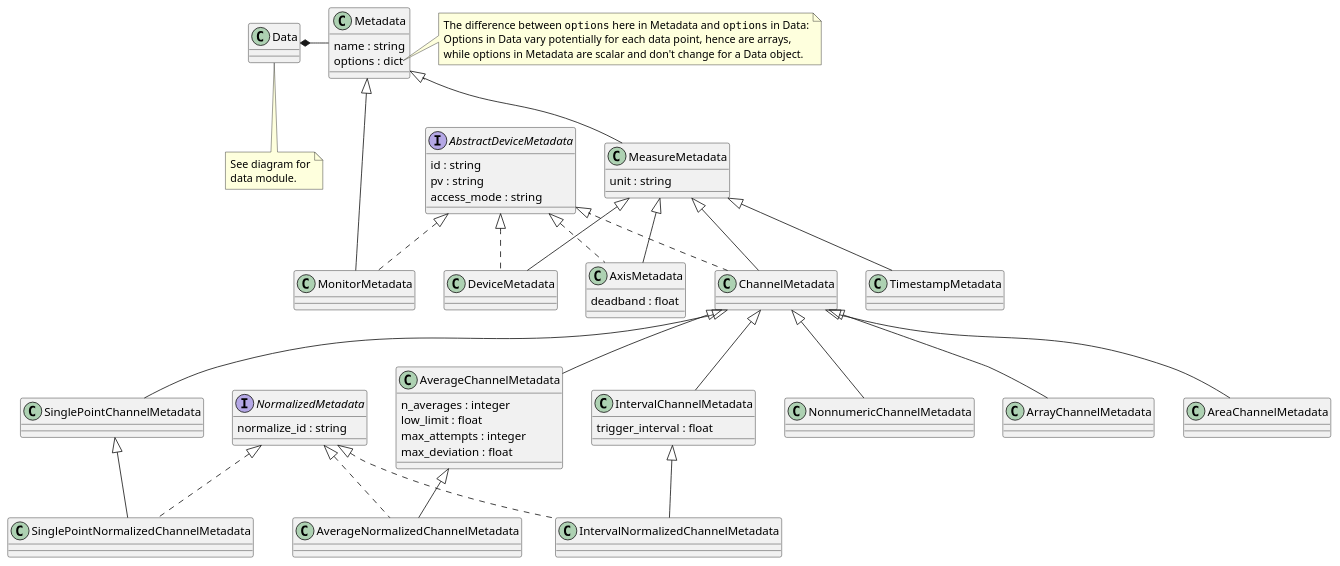
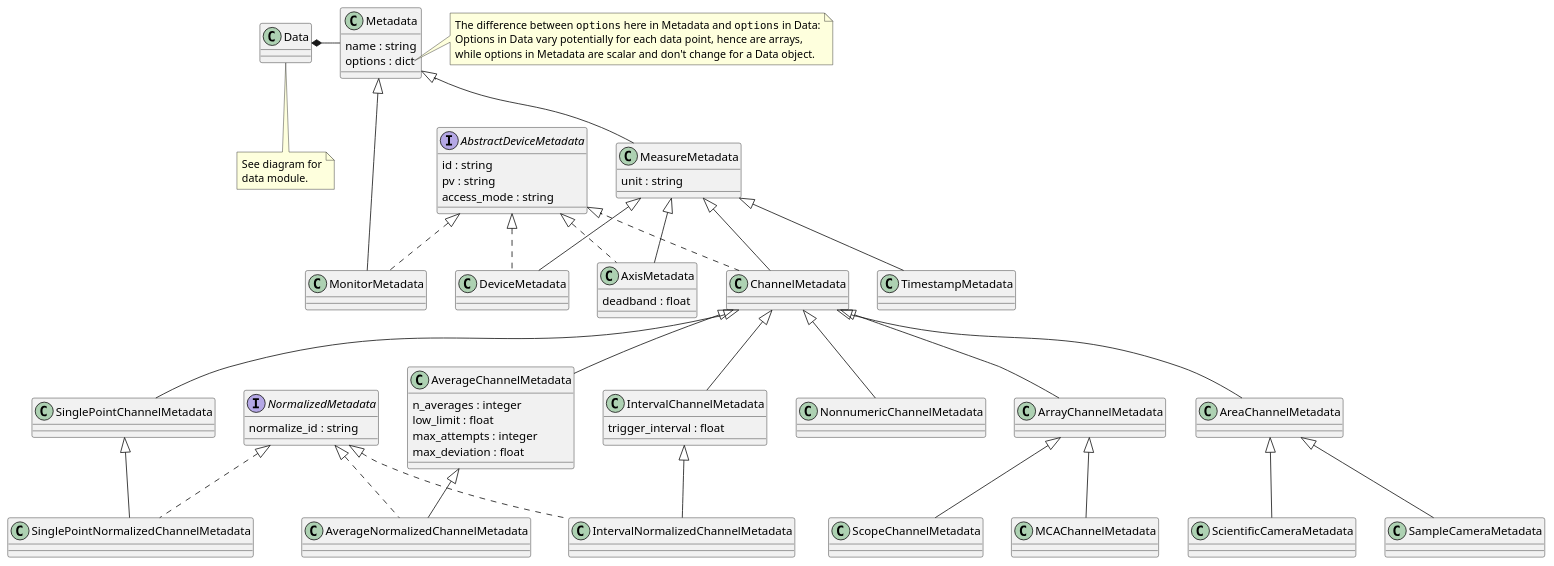
The diagram in docs/uml/evedata.evefile.metadata.puml (tillbiskup/evedata), drawn with PlantUML before and after one commit. The commit also changed 4 other files, not shown here.

Commit message:
Update UML diagrams: rearrange, complete metadata diagram

```diff
--- a/docs/uml/evedata.evefile.metadata.puml
+++ b/docs/uml/evedata.evefile.metadata.puml
@@ -1,80 +1,88 @@
 @startuml
 
 class Metadata {
     name : string
     options : dict
 }
 note right of Metadata::options
     The difference between ""options"" here in Metadata and ""options"" in Data:
     Options in Data vary potentially for each data point, hence are arrays,
     while options in Metadata are scalar and don't change for a Data object.
 end note
 
 class Data {
 }
 note bottom: See diagram for\ndata module.
 
 interface AbstractDeviceMetadata {
     id : string
     pv : string
     access_mode : string
 }
 
 class MeasureMetadata extends Metadata {
     unit : string
 }
 
 class MonitorMetadata extends Metadata implements AbstractDeviceMetadata {
 }
 
 class DeviceMetadata extends MeasureMetadata implements AbstractDeviceMetadata  {
 }
 
 class AxisMetadata extends MeasureMetadata implements AbstractDeviceMetadata  {
     deadband : float
 }
 
 class ChannelMetadata extends MeasureMetadata implements AbstractDeviceMetadata  {
 }
 
 class TimestampMetadata extends MeasureMetadata {
 }
 
 NonnumericChannelMetadata -[hidden]>ArrayChannelMetadata
 ArrayChannelMetadata -[hidden]> AreaChannelMetadata
 
 class NonnumericChannelMetadata extends ChannelMetadata {
 }
 
 class SinglePointChannelMetadata extends ChannelMetadata {}
 
 class AverageChannelMetadata extends ChannelMetadata {
     n_averages : integer
     low_limit : float
     max_attempts : integer
     max_deviation : float
 }
 
 class IntervalChannelMetadata extends ChannelMetadata {
     trigger_interval : float
 }
 
 class ArrayChannelMetadata extends ChannelMetadata {
 }
 
 class AreaChannelMetadata extends ChannelMetadata {
 }
 
 Data *- Metadata
 
 interface NormalizedMetadata {
     normalize_id : string
 }
 
 class SinglePointNormalizedChannelMetadata extends SinglePointChannelMetadata implements NormalizedMetadata {}
 
 class AverageNormalizedChannelMetadata extends AverageChannelMetadata implements NormalizedMetadata {}
 
 class IntervalNormalizedChannelMetadata extends IntervalChannelMetadata implements NormalizedMetadata {}
 
+class MCAChannelMetadata extends ArrayChannelMetadata
+
+class ScopeChannelMetadata extends ArrayChannelMetadata
+
+class SampleCameraMetadata extends AreaChannelMetadata
+
+class ScientificCameraMetadata extends AreaChannelMetadata
+
 @enduml
```
